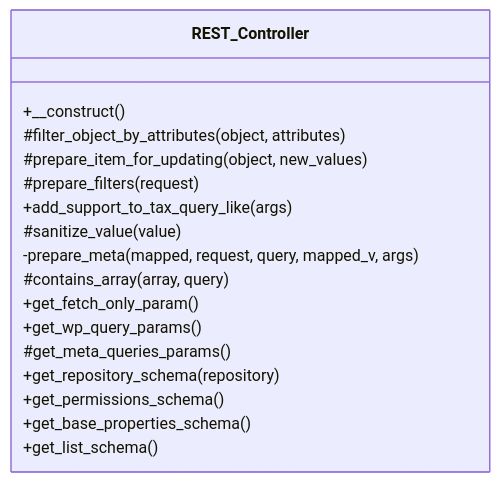
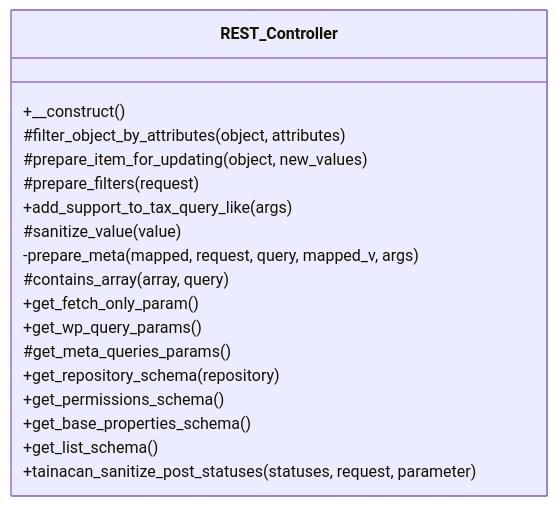
Before and after one commit to tainacan/tainacan: the diagram in docs/phpdoc/classes/Tainacan/API/REST_Controller.md, drawn with Mermaid. The commit also changed other lines of this file and 193 other files, not shown here.

````diff
--- a/docs/phpdoc/classes/Tainacan/API/REST_Controller.md
+++ b/docs/phpdoc/classes/Tainacan/API/REST_Controller.md
@@ -17,21 +17,22 @@
 ```mermaid
 classDiagram
     direction TB
     class REST_Controller {
         +__construct()
         #filter_object_by_attributes(object, attributes)
         #prepare_item_for_updating(object, new_values)
         #prepare_filters(request)
         +add_support_to_tax_query_like(args)
         #sanitize_value(value)
         -prepare_meta(mapped, request, query, mapped_v, args)
         #contains_array(array, query)
         +get_fetch_only_param()
         +get_wp_query_params()
         #get_meta_queries_params()
         +get_repository_schema(repository)
         +get_permissions_schema()
         +get_base_properties_schema()
         +get_list_schema()
+        +tainacan_sanitize_post_statuses(statuses, request, parameter)
     }
 ```
````
